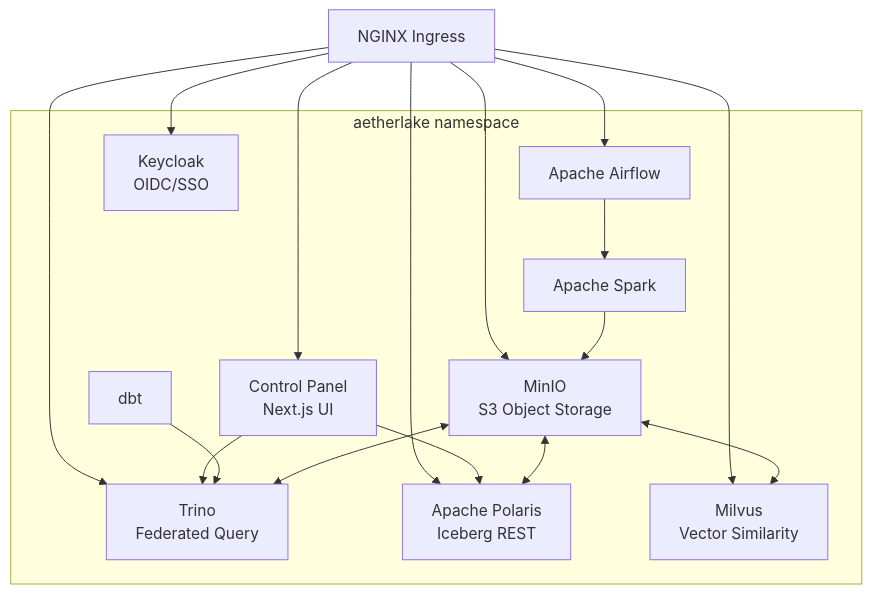
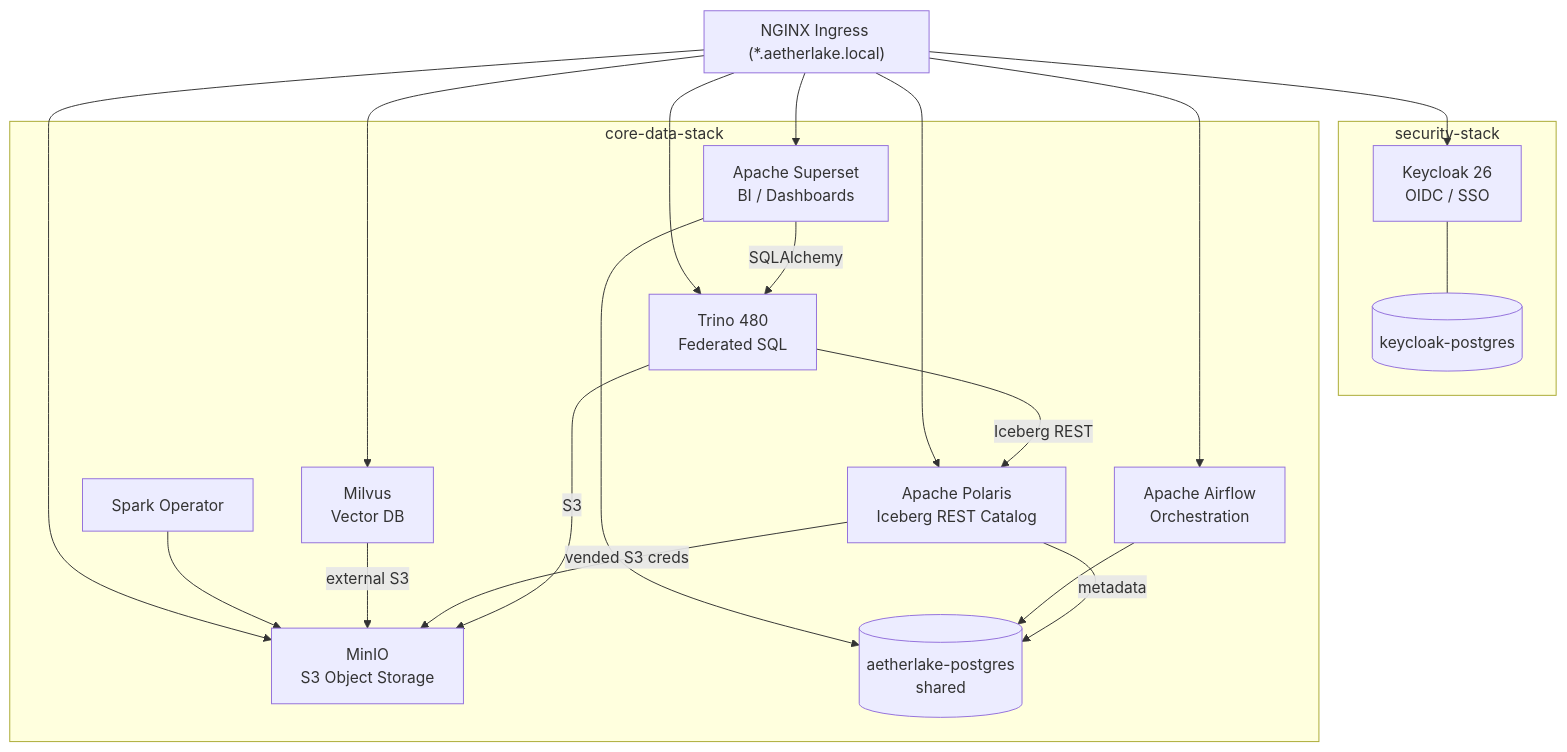
Before and after one commit to mrtozkl/AetherLake: the first of 3 diagrams in docs/guide/architecture.md, drawn with Mermaid. The commit also changed other lines of this file and 13 other files, not shown here.

First line of the commit message:
docs: comprehensive per-component reference + refreshed README/architecture

````diff
--- a/docs/guide/architecture.md
+++ b/docs/guide/architecture.md
@@ -7,30 +12,40 @@
 ```mermaid
 graph TD
-    subgraph "aetherlake namespace"
-        Storage[MinIO<br/>S3 Object Storage]
-        Compute[Trino<br/>Federated Query]
-        Catalog[Apache Polaris<br/>Iceberg REST]
-        Vector[Milvus<br/>Vector Similarity]
-        
-        Storage <--> Compute
-        Storage <--> Catalog
-        Storage <--> Vector
-        
-        Process[Apache Spark] --> Storage
-        Orchestrate[Apache Airflow] --> Process
-        Transform[dbt] --> Compute
-        
-        CP[Control Panel<br/>Next.js UI] --> Compute
-        CP --> Catalog
-        
-        Auth[Keycloak<br/>OIDC/SSO]
+    subgraph ingress["NGINX Ingress (*.aetherlake.local)"]
     end
-    
-    Ingress[NGINX Ingress] --> CP
-    Ingress --> Auth
-    Ingress --> Storage
-    Ingress --> Compute
-    Ingress --> Catalog
-    Ingress --> Vector
-    Ingress --> Orchestrate
+
+    subgraph sec["security-stack"]
+        KC[Keycloak 26<br/>OIDC / SSO]
+        KCPG[(keycloak-postgres)]
+        KC --- KCPG
+    end
+
+    subgraph core["core-data-stack"]
+        MinIO[MinIO<br/>S3 Object Storage]
+        Trino[Trino 480<br/>Federated SQL]
+        Polaris[Apache Polaris<br/>Iceberg REST Catalog]
+        Spark[Spark Operator]
+        Airflow[Apache Airflow<br/>Orchestration]
+        Superset[Apache Superset<br/>BI / Dashboards]
+        Milvus[Milvus<br/>Vector DB]
+        PG[(aetherlake-postgres<br/>shared)]
+
+        Trino -->|Iceberg REST| Polaris
+        Polaris -->|metadata| PG
+        Trino -->|S3| MinIO
+        Polaris -->|vended S3 creds| MinIO
+        Milvus -->|external S3| MinIO
+        Airflow --> PG
+        Superset --> PG
+        Superset -->|SQLAlchemy| Trino
+        Spark --> MinIO
+    end
+
+    ingress --> KC
+    ingress --> MinIO
+    ingress --> Trino
+    ingress --> Polaris
+    ingress --> Airflow
+    ingress --> Superset
+    ingress --> Milvus
 ```
````
